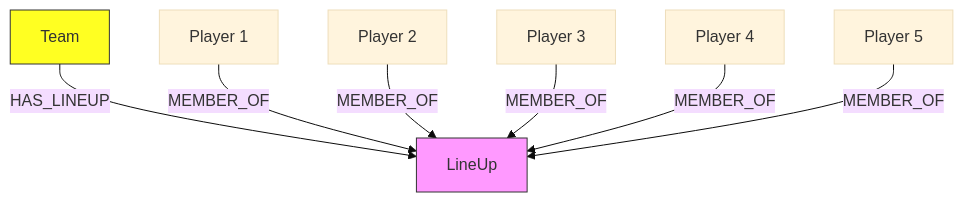
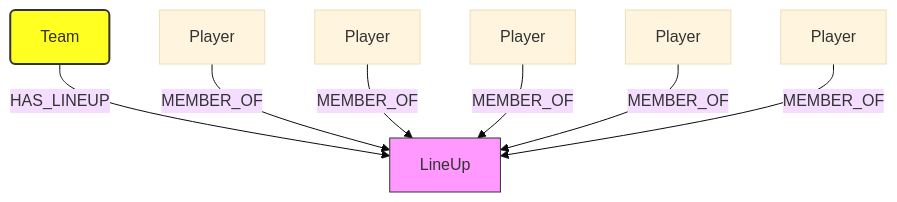
Before and after one commit to lorenzoliuzzo/MBAI-gdb: the fourth of 6 diagrams in docs/schema.md, drawn with Mermaid (base theme). The commit also changed other lines of this file and 2 other files, not shown here.

Commit message:
Some more changes to the documentation. Changed some naming conventions for links in the graph.

````diff
--- a/docs/schema.md
+++ b/docs/schema.md
@@ -121,17 +148,19 @@
 ```mermaid
 graph TB
-    T[Team]
+    classDef team fill:#ffdd00,stroke:#333,stroke-width:2px,rx:5,ry:5;
+
+    T[Team]:::team
     style T fill:#ff2,stroke:#333
     
     L[LineUp]
     style L fill:#f9f,stroke:#333
     
-    P1[Player 1]
-    P2[Player 2]
-    P3[Player 3]
-    P4[Player 4]
-    P5[Player 5]
+    P1[Player]
+    P2[Player]
+    P3[Player]
+    P4[Player]
+    P5[Player]
 
     T -->|HAS_LINEUP| L
     P1 & P2 & P3 & P4 & P5 -->|MEMBER_OF| L
 ```
````
